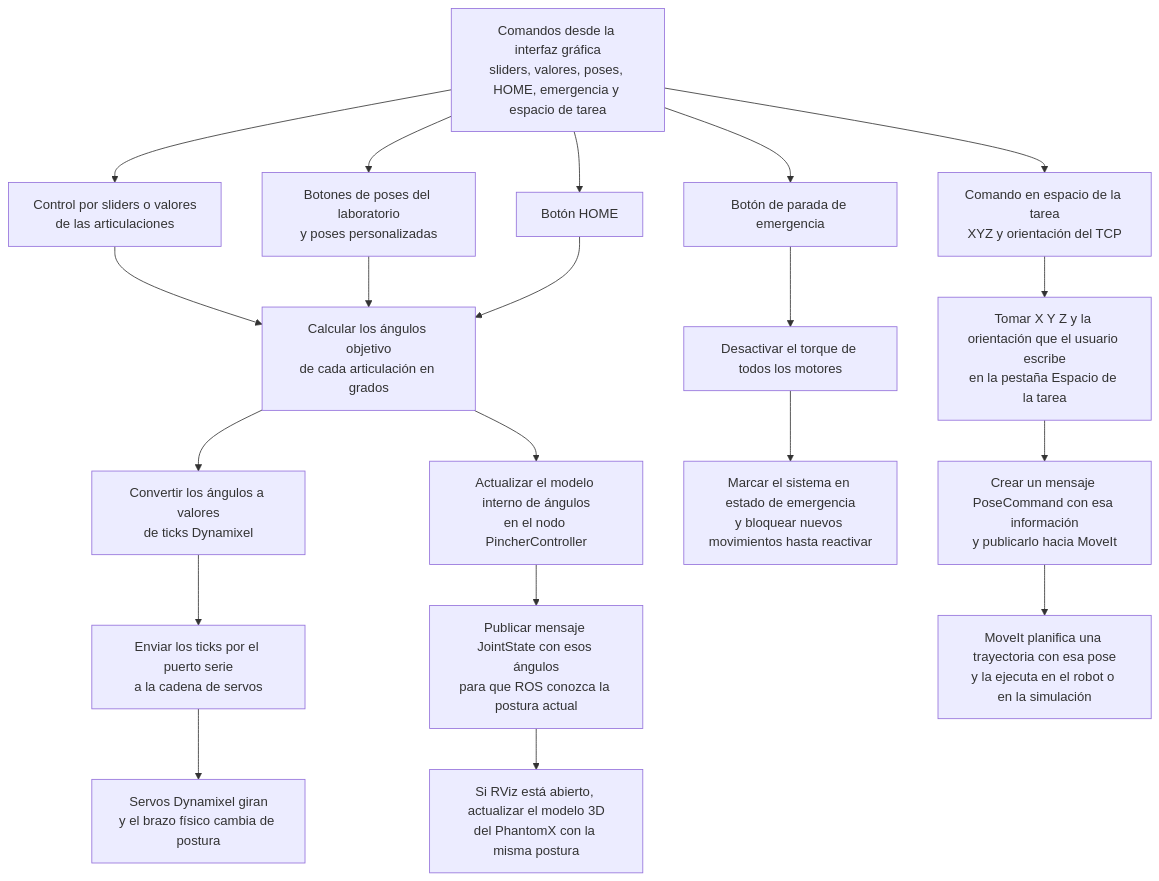
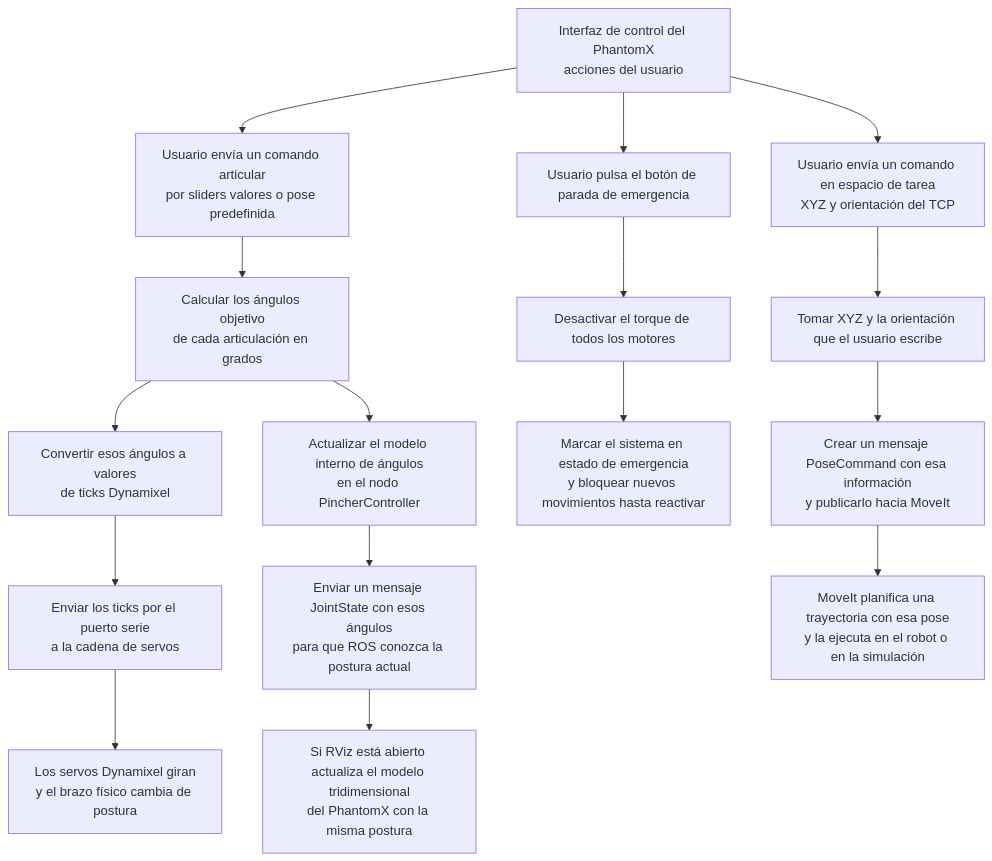
The diagram in Laboratorio_5/Readme.md (EstebanErazo500/Robotica_2025_02), drawn with Mermaid before and after one commit.

````diff
--- a/Laboratorio_5/Readme.md
+++ b/Laboratorio_5/Readme.md
@@ -190,55 +190,35 @@
 ```mermaid
+
 flowchart TD
 
-    %% NODO INICIAL COMÚN
-    S[Comandos desde la interfaz gráfica<br>sliders, valores, poses, HOME, emergencia y espacio de tarea]
+    %% NODO INICIAL ÚNICO
+    S[Interfaz de control del PhantomX<br>acciones del usuario]
 
-    %% ENTRADAS DESDE LA GUI
-    U1[Control por sliders o valores<br>de las articulaciones]
-    U2[Botones de poses del laboratorio<br>y poses personalizadas]
-    U3[Botón HOME]
-    U4[Botón de parada de emergencia]
-    U5[Comando en espacio de la tarea<br>XYZ y orientación del TCP]
+    %% TIPOS DE COMANDO QUE SALEN DE LA INTERFAZ
+    S --> A1[Usuario envía un comando articular<br>por sliders valores o pose predefinida]
+    S --> A4[Usuario pulsa el botón de parada de emergencia]
+    S --> A5[Usuario envía un comando en espacio de tarea<br>XYZ y orientación del TCP]
 
-    S --> U1
-    S --> U2
-    S --> U3
-    S --> U4
-    S --> U5
+    %% NÚCLEO COMÚN PARA EL CONTROL ARTICULAR
+    A1 --> A2[Calcular los ángulos objetivo<br>de cada articulación en grados]
 
-    %% NODO QUE UNE LOS COMANDOS ARTICULARES
-    C1[Calcular los ángulos objetivo<br>de cada articulación en grados]
+    %% FLOJO FÍSICO  BRAZO REAL
+    A2 --> F1[Convertir esos ángulos a valores<br>de ticks Dynamixel]
+    F1 --> F2[Enviar los ticks por el puerto serie<br>a la cadena de servos]
+    F2 --> F3[Los servos Dynamixel giran<br>y el brazo físico cambia de postura]
 
-    U1 --> C1
-    U2 --> C1
-    U3 --> C1
+    %% FLOJO VIRTUAL  MODELO EN RVIZ
+    A2 --> V1[Actualizar el modelo interno de ángulos<br>en el nodo PincherController]
+    V1 --> V2[Enviar un mensaje JointState con esos ángulos<br>para que ROS conozca la postura actual]
+    V2 --> V3[Si RViz está abierto actualiza el modelo tridimensional<br>del PhantomX con la misma postura]
 
-    %% FLUJO FÍSICO – BRAZO REAL
-    F1[Convertir los ángulos a valores<br>de ticks Dynamixel]
-    F2[Enviar los ticks por el puerto serie<br>a la cadena de servos]
-    F3[Servos Dynamixel giran<br>y el brazo físico cambia de postura]
+    %% SEGURIDAD  PARADA DE EMERGENCIA
+    A4 --> E1[Desactivar el torque de todos los motores]
+    E1 --> E2[Marcar el sistema en estado de emergencia<br>y bloquear nuevos movimientos hasta reactivar]
 
-    C1 --> F1 --> F2 --> F3
-
-    %% FLUJO VIRTUAL – MODELO EN RVIZ
-    V1[Actualizar el modelo interno de ángulos<br>en el nodo PincherController]
-    V2[Publicar mensaje JointState con esos ángulos<br>para que ROS conozca la postura actual]
-    V3[Si RViz está abierto, actualizar el modelo 3D<br>del PhantomX con la misma postura]
-
-    C1 --> V1 --> V2 --> V3
-
-    %% SEGURIDAD – PARADA DE EMERGENCIA
-    E1[Desactivar el torque de todos los motores]
-    E2[Marcar el sistema en estado de emergencia<br>y bloquear nuevos movimientos hasta reactivar]
-
-    U4 --> E1 --> E2
-
-    %% CONTROL EN ESPACIO DE LA TAREA – MOVEIT
-    T1[Tomar X Y Z y la orientación que el usuario escribe<br>en la pestaña Espacio de la tarea]
-    T2[Crear un mensaje PoseCommand con esa información<br>y publicarlo hacia MoveIt]
-    T3[MoveIt planifica una trayectoria con esa pose<br>y la ejecuta en el robot o en la simulación]
-
-    U5 --> T1 --> T2 --> T3
-
+    %% CONTROL EN ESPACIO DE LA TAREA  MOVEIT
+    A5 --> T1[Tomar XYZ y la orientación que el usuario escribe]
+    T1 --> T2[Crear un mensaje PoseCommand con esa información<br>y publicarlo hacia MoveIt]
+    T2 --> T3[MoveIt planifica una trayectoria con esa pose<br>y la ejecuta en el robot o en la simulación]
 
 ```
````
